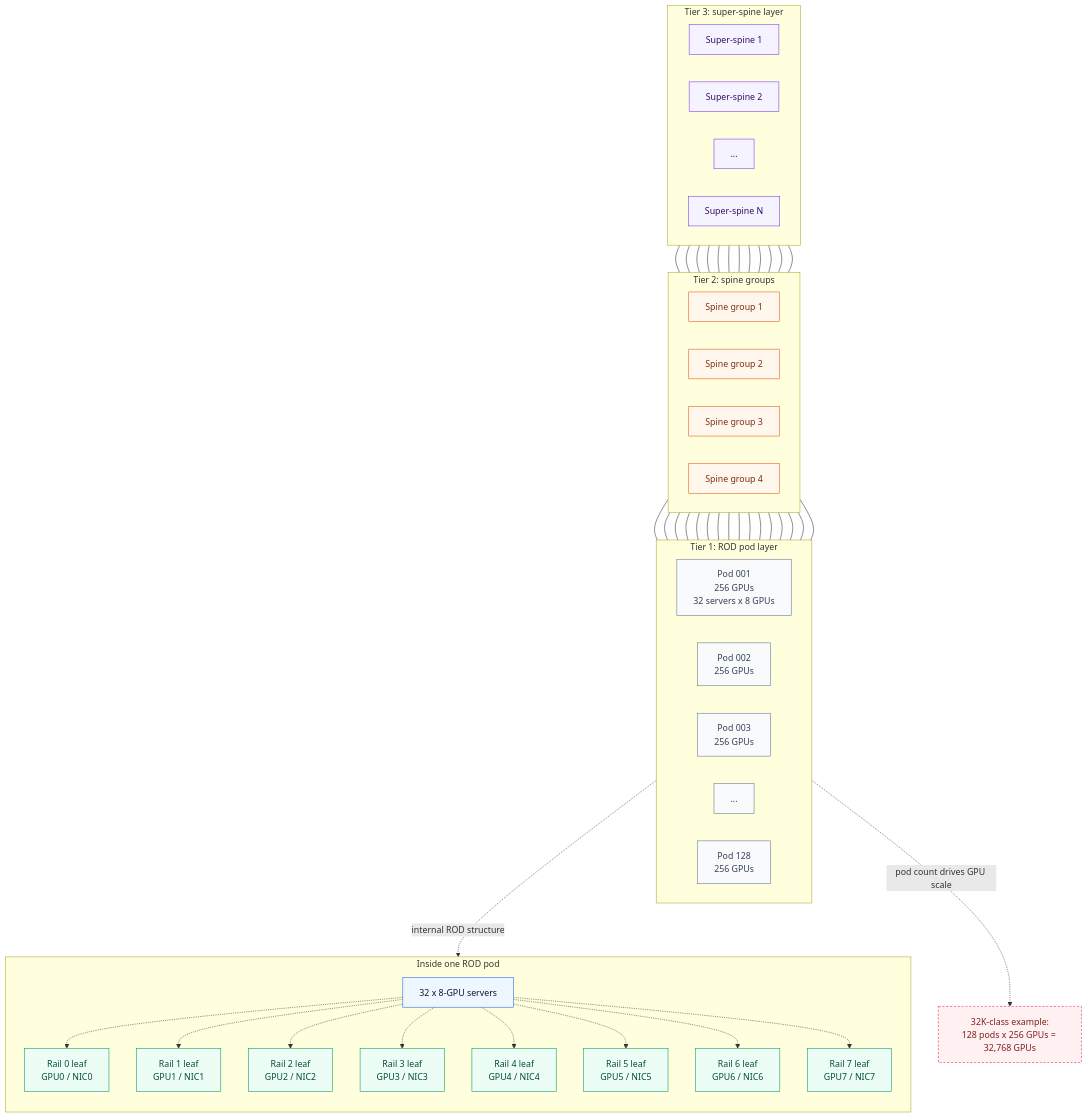
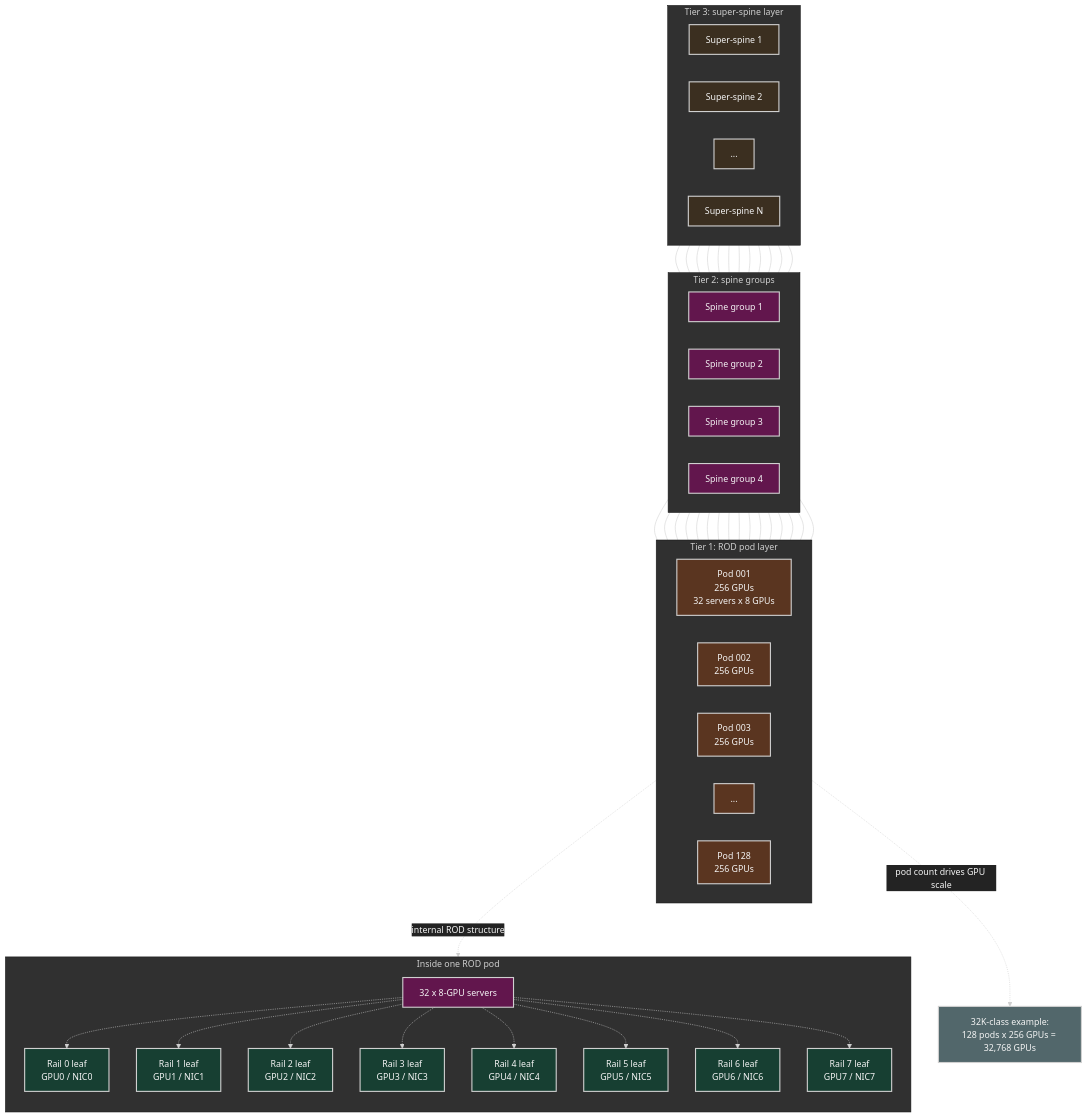
Before and after one commit to ziwon/ai-data-center-network: the seventh of 17 diagrams in ai-data-center-network/chap03/README.md, drawn with Mermaid. The commit also changed other lines of this file and 35 other files, not shown here.

Commit message:
docs(mermaid): apply dark diagram style

````diff
--- a/ai-data-center-network/chap03/README.md
+++ b/ai-data-center-network/chap03/README.md
@@ -449,11 +455,12 @@
 ```mermaid
+%%{init: {"theme": "base", "themeVariables": {"background": "#171717", "primaryColor": "#232323", "primaryTextColor": "#f5f5f5", "primaryBorderColor": "#d0d0d0", "lineColor": "#cfcfcf", "fontFamily": "Inter, Arial, sans-serif"}}}%%
 flowchart TB
-    classDef server fill:#eef6ff,stroke:#2563eb,color:#0f172a
-    classDef rail fill:#ecfdf5,stroke:#059669,color:#064e3b
-    classDef pod fill:#f8fafc,stroke:#64748b,color:#334155
-    classDef spine fill:#fff7ed,stroke:#ea580c,color:#7c2d12
-    classDef super fill:#f5f3ff,stroke:#7c3aed,color:#2e1065
-    classDef note fill:#fff1f2,stroke:#e11d48,stroke-dasharray:4 3,color:#7f1d1d
+    classDef server fill:#62164d,stroke:#d0d0d0,color:#f5f5f5,stroke-width:2px;
+    classDef rail fill:#173f32,stroke:#d0d0d0,color:#f5f5f5,stroke-width:2px;
+    classDef pod fill:#5a3520,stroke:#d0d0d0,color:#f5f5f5,stroke-width:2px;
+    classDef spine fill:#62164d,stroke:#d0d0d0,color:#f5f5f5,stroke-width:2px;
+    classDef super fill:#3b2f20,stroke:#d0d0d0,color:#f5f5f5,stroke-width:2px;
+    classDef note fill:#52676b,stroke:#d0d0d0,color:#f5f5f5,stroke-width:2px;
 
     subgraph T3["Tier 3: super-spine layer"]
         direction LR
````
